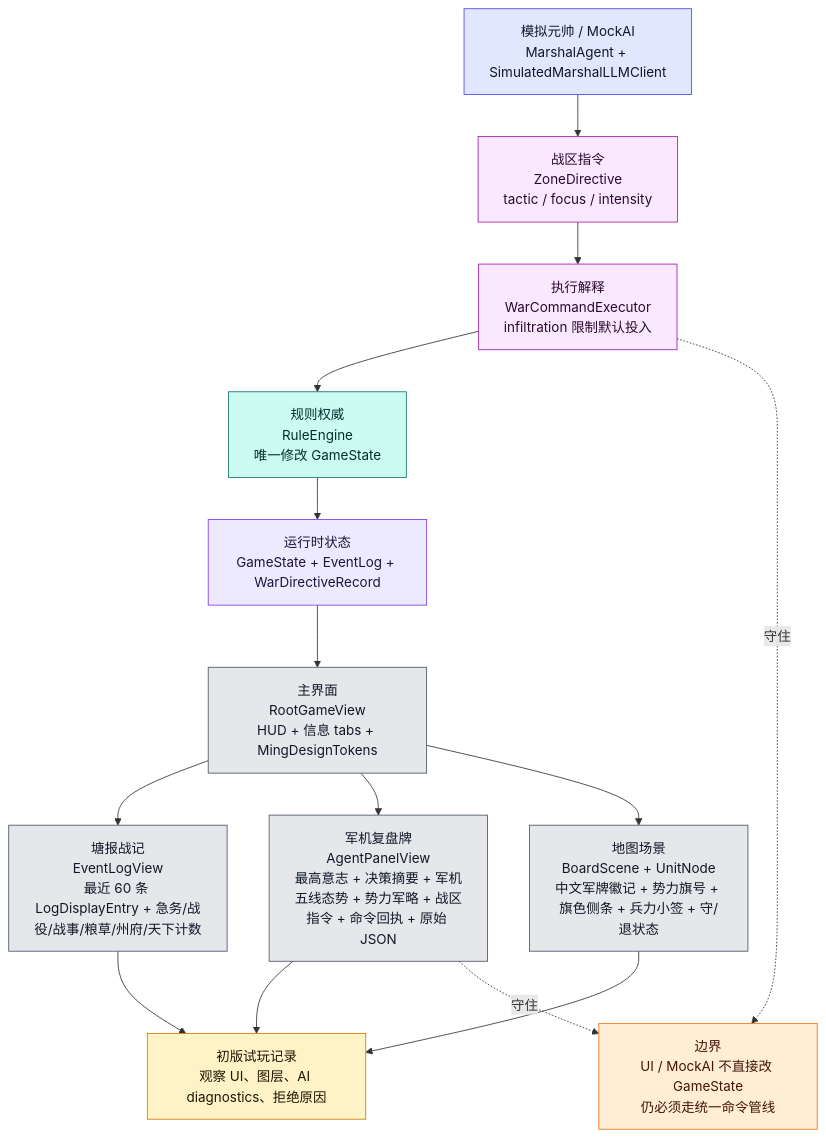
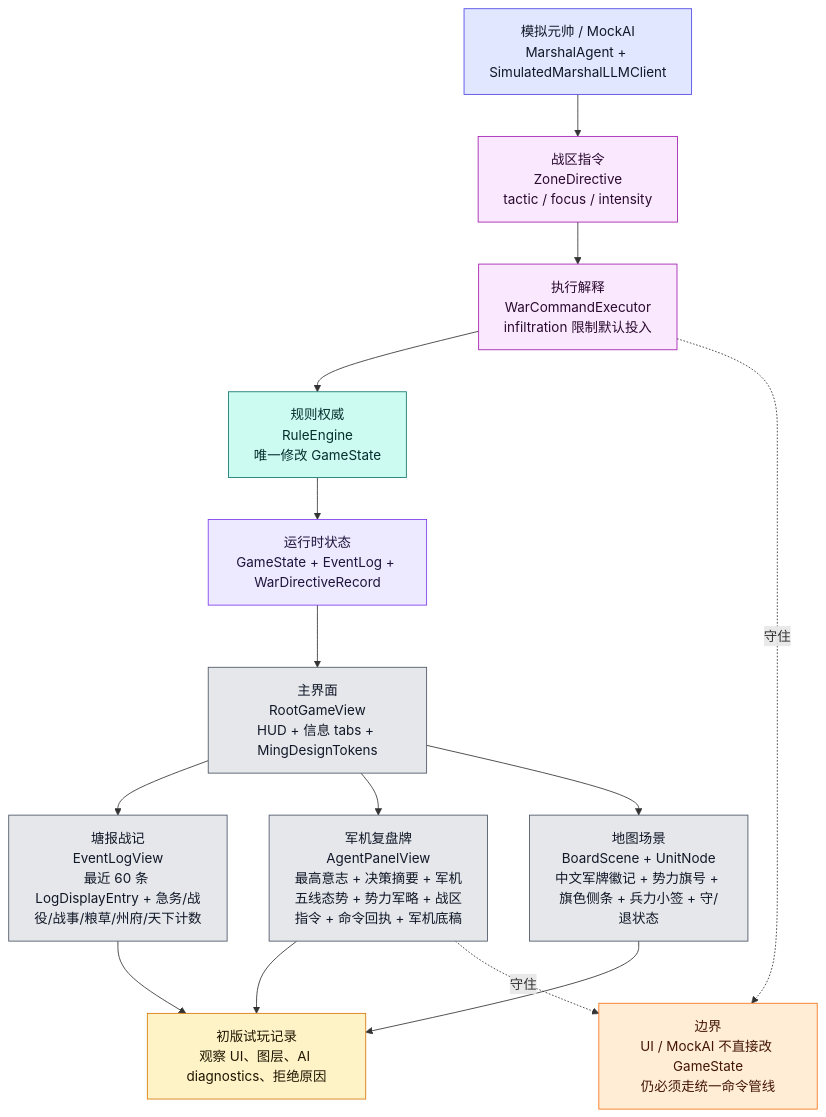
Before and after one commit to Altman-sam114/123: the eighth of 9 diagrams in md/flow/flowchart.md, drawn with Mermaid. The commit also changed other lines of this file and 6 other files, not shown here.

````diff
--- a/md/flow/flowchart.md
+++ b/md/flow/flowchart.md
@@ -482,34 +482,34 @@
 ```mermaid
 flowchart TD
     STATE["运行时状态<br/>GameState + EventLog + WarDirectiveRecord"]:::state
     ROOT["主界面<br/>RootGameView<br/>HUD + 信息 tabs + MingDesignTokens"]:::ui
     LOG["塘报战记<br/>EventLogView<br/>最近 60 条 LogDisplayEntry + 急务/战役/战事/粮草/州府/天下计数"]:::ui
-    AIUI["军机复盘牌<br/>AgentPanelView<br/>最高意志 + 决策摘要 + 军机五线态势 + 势力军略 + 战区指令 + 命令回执 + 原始 JSON"]:::ui
+    AIUI["军机复盘牌<br/>AgentPanelView<br/>最高意志 + 决策摘要 + 军机五线态势 + 势力军略 + 战区指令 + 命令回执 + 军机底稿"]:::ui
     BOARD["地图场景<br/>BoardScene + UnitNode<br/>中文军牌徽记 + 势力旗号 + 旗色侧条 + 兵力小签 + 守/退状态"]:::ui
     MARSHAL["模拟元帅 / MockAI<br/>MarshalAgent + SimulatedMarshalLLMClient"]:::ai
     ZD["战区指令<br/>ZoneDirective<br/>tactic / focus / intensity"]:::command
     WCE["执行解释<br/>WarCommandExecutor<br/>infiltration 限制默认投入"]:::command
     RULE["规则权威<br/>RuleEngine<br/>唯一修改 GameState"]:::rules
     PLAYTEST["初版试玩记录<br/>观察 UI、图层、AI diagnostics、拒绝原因"]:::doc
 
     STATE --> ROOT
     ROOT --> LOG
     ROOT --> AIUI
     ROOT --> BOARD
     MARSHAL --> ZD --> WCE --> RULE --> STATE
     AIUI --> PLAYTEST
     LOG --> PLAYTEST
     BOARD --> PLAYTEST
 
     WARN["边界<br/>UI / MockAI 不直接改 GameState<br/>仍必须走统一命令管线"]:::warn
     AIUI -.守住.-> WARN
     WCE -.守住.-> WARN
 
     classDef state fill:#ede9fe,stroke:#7c3aed,color:#1f143d
     classDef ui fill:#e5e7eb,stroke:#4b5563,color:#111827
     classDef ai fill:#e0e7ff,stroke:#4f46e5,color:#111827
     classDef command fill:#fae8ff,stroke:#a21caf,color:#2a0a2f
     classDef rules fill:#ccfbf1,stroke:#0f766e,color:#042f2e
     classDef doc fill:#fef3c7,stroke:#d97706,color:#1f1600
     classDef warn fill:#ffedd5,stroke:#f97316,color:#431407
 ```
````
